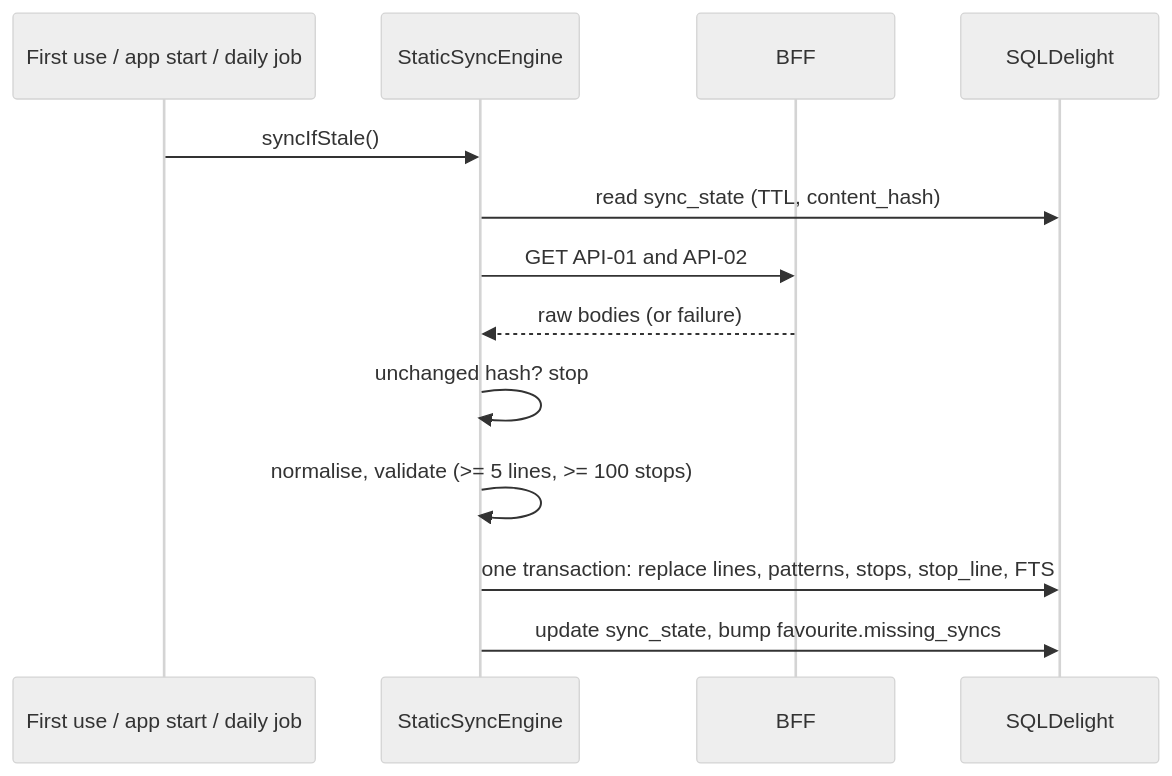
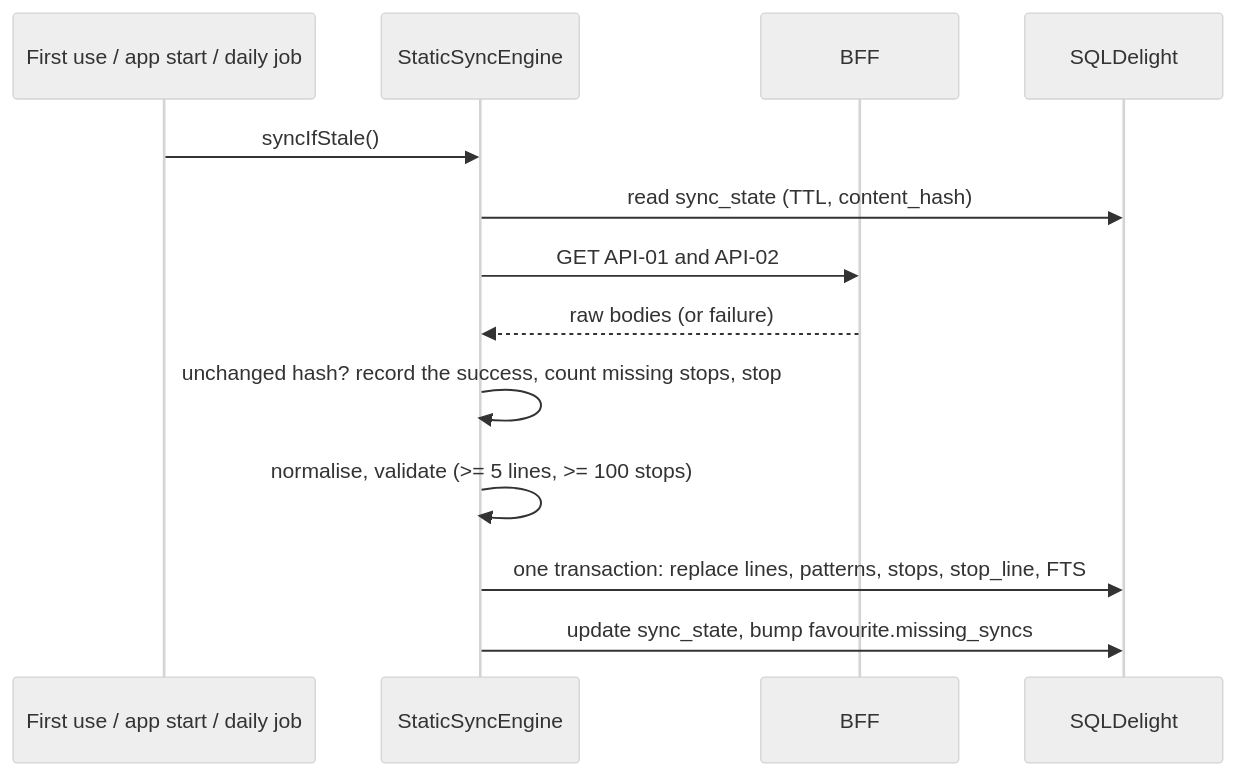
Before and after one commit to davidru85/LogroBus: the third of 4 diagrams in docs/architecture.md, drawn with Mermaid (neutral theme). The commit also changed other lines of this file and 7 other files, not shown here.

````diff
--- a/docs/architecture.md
+++ b/docs/architecture.md
@@ -199,15 +199,15 @@
 ```mermaid
 sequenceDiagram
     participant Trigger as First use / app start / daily job
     participant Sync as StaticSyncEngine
     participant API as BFF
     participant DB as SQLDelight
     Trigger->>Sync: syncIfStale()
     Sync->>DB: read sync_state (TTL, content_hash)
     Sync->>API: GET API-01 and API-02
     API-->>Sync: raw bodies (or failure)
-    Sync->>Sync: unchanged hash? stop
+    Sync->>Sync: unchanged hash? record the success, count missing stops, stop
     Sync->>Sync: normalise, validate (>= 5 lines, >= 100 stops)
     Sync->>DB: one transaction: replace lines, patterns, stops, stop_line, FTS
     Sync->>DB: update sync_state, bump favourite.missing_syncs
 ```
````
